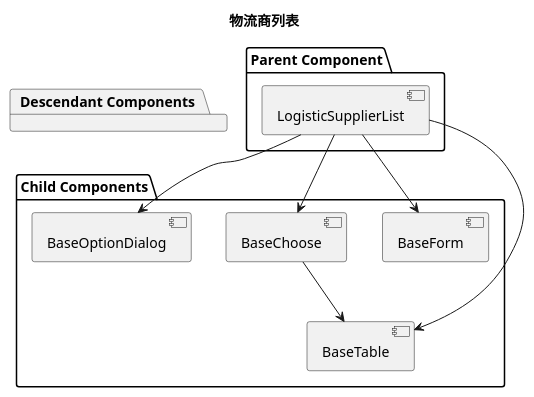
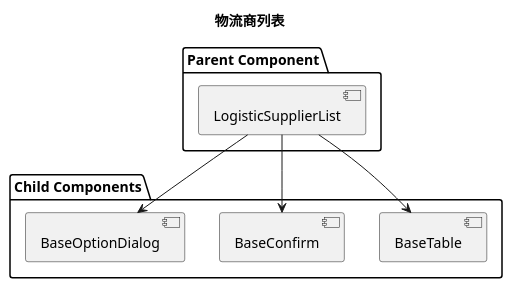
Before and after one commit to futurekidult/lis: the first of 3 diagrams in docs/component-design/system.puml, drawn with PlantUML. The commit also changed other lines of this file, not shown here.

```diff
--- a/docs/component-design/system.puml
+++ b/docs/component-design/system.puml
@@ -1,25 +1,19 @@
 @startuml
 title 物流商列表
 
 package "Parent Component" {
   [LogisticSupplierList]
 }
 
 package "Child Components" {
-  [BaseForm]
   [BaseTable]
-  [BaseChoose]
+  [BaseConfirm]
   [BaseOptionDialog]
 }
 
-package "Descendant Components" {
-  [BaseTable]
-}
 
-[LogisticSupplierList]                     -->       [BaseForm]
 [LogisticSupplierList]                     -->       [BaseTable]
-[LogisticSupplierList]                     -->       [BaseChoose]
+[LogisticSupplierList]                     -->       [BaseConfirm]
 [LogisticSupplierList]                     -->       [BaseOptionDialog]
-[BaseChoose]                                -->       [BaseTable]
 
 @enduml
```
